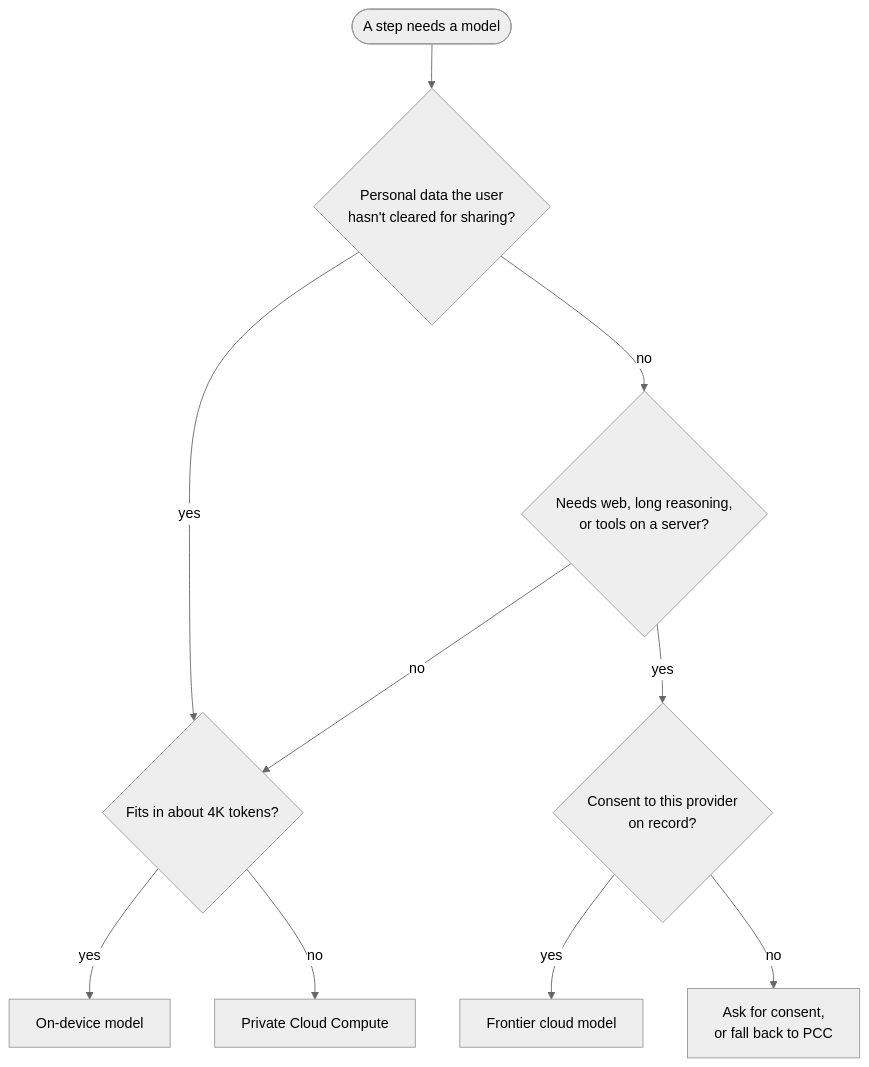
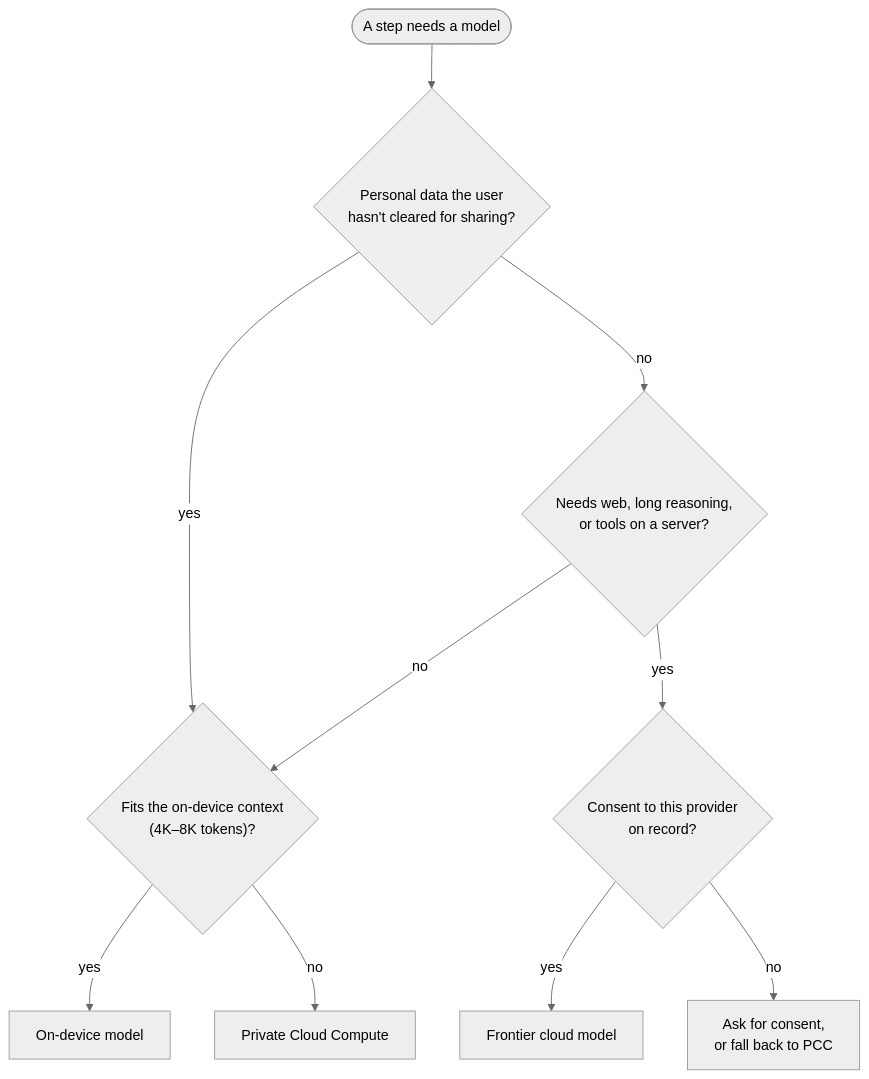
The fourth of 4 diagrams in docs/reference-architecture.md (ehzawad/ideation-of-ios-app), drawn with Mermaid (neutral theme) before and after one commit. The commit also changed other lines of this file and 4 other files, not shown here.

````diff
--- a/docs/reference-architecture.md
+++ b/docs/reference-architecture.md
@@ -112,12 +112,12 @@
 ```mermaid
 flowchart TD
   S(["A step needs a model"]) --> Q1{"Personal data the user<br/>hasn't cleared for sharing?"}
-  Q1 -->|"yes"| Q2{"Fits in about 4K tokens?"}
+  Q1 -->|"yes"| Q2{"Fits the on-device context<br/>(4K–8K tokens)?"}
   Q2 -->|"yes"| On["On-device model"]
   Q2 -->|"no"| P["Private Cloud Compute"]
   Q1 -->|"no"| Q3{"Needs web, long reasoning,<br/>or tools on a server?"}
   Q3 -->|"no"| Q2
   Q3 -->|"yes"| Q4{"Consent to this provider<br/>on record?"}
   Q4 -->|"yes"| F["Frontier cloud model"]
   Q4 -->|"no"| Ask["Ask for consent,<br/>or fall back to PCC"]
 ```
````
